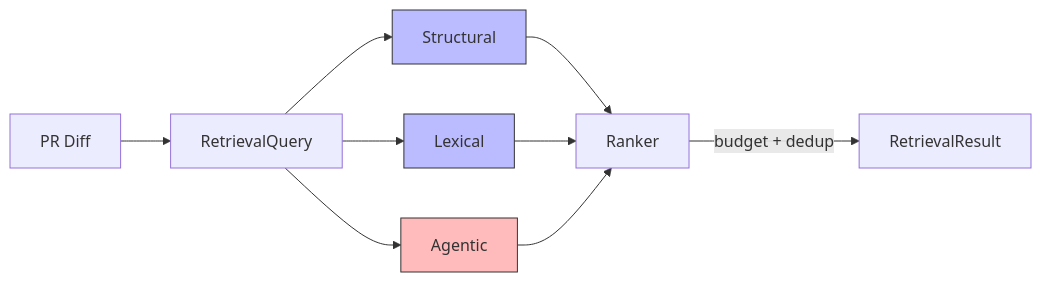
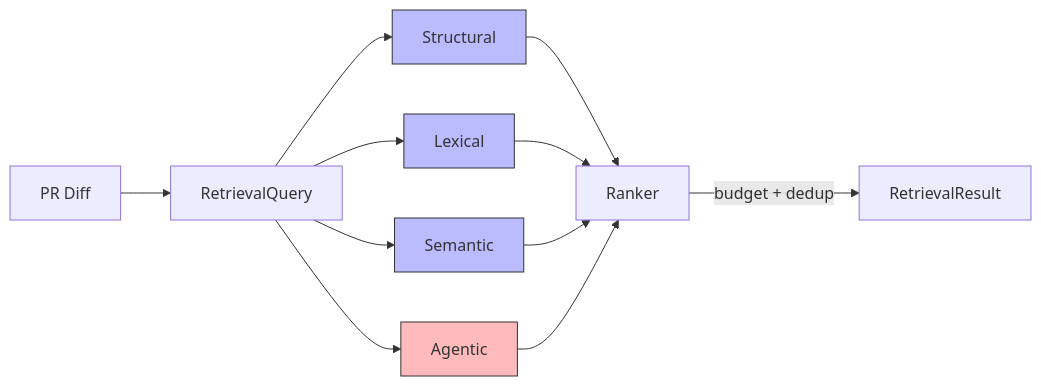
Before and after one commit to sudzxd/argus: the third of 6 diagrams in docs/architecture.md, drawn with Mermaid. The commit also changed other lines of this file and 34 other files, not shown here.

````diff
--- a/docs/architecture.md
+++ b/docs/architecture.md
@@ -91,15 +91,18 @@
 ```mermaid
 flowchart LR
     D[PR Diff] --> Q[RetrievalQuery]
     Q --> S1[Structural]
     Q --> S2[Lexical]
-    Q --> S3[Agentic]
+    Q --> S3[Semantic]
+    Q --> S4[Agentic]
     S1 --> R[Ranker]
     S2 --> R
     S3 --> R
+    S4 --> R
     R -->|budget + dedup| OUT[RetrievalResult]
 
     style S1 fill:#bbf,stroke:#333
     style S2 fill:#bbf,stroke:#333
-    style S3 fill:#fbb,stroke:#333
+    style S3 fill:#bbf,stroke:#333
+    style S4 fill:#fbb,stroke:#333
 ```
````
